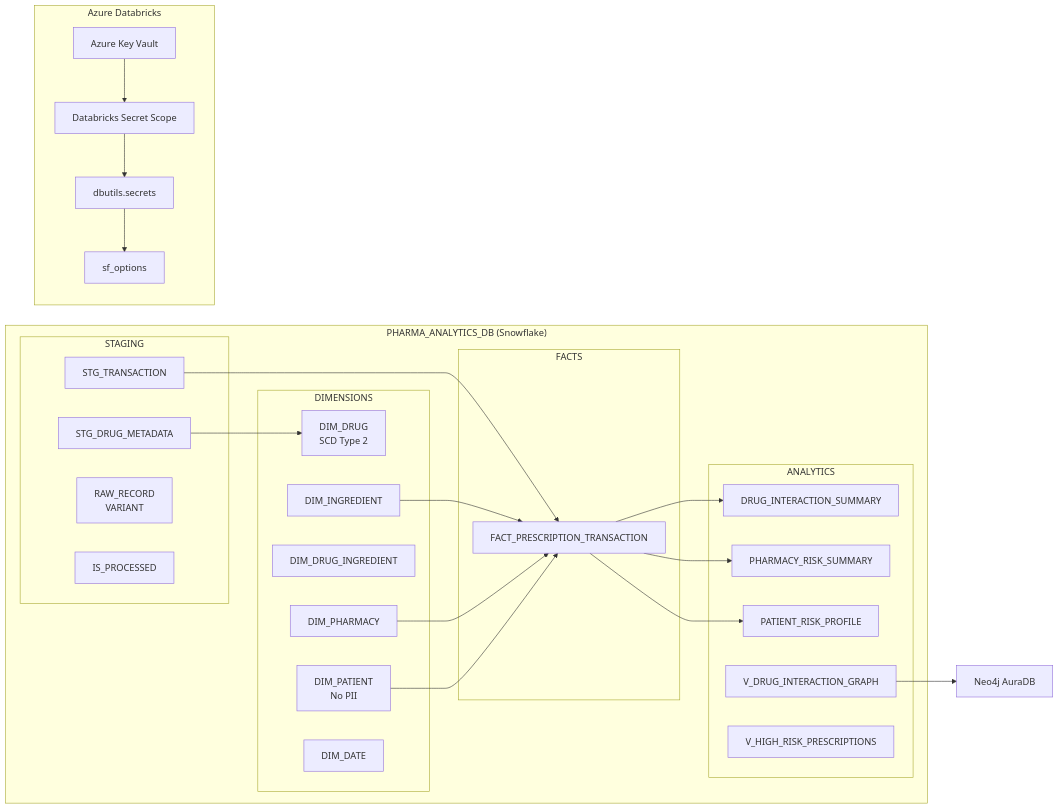
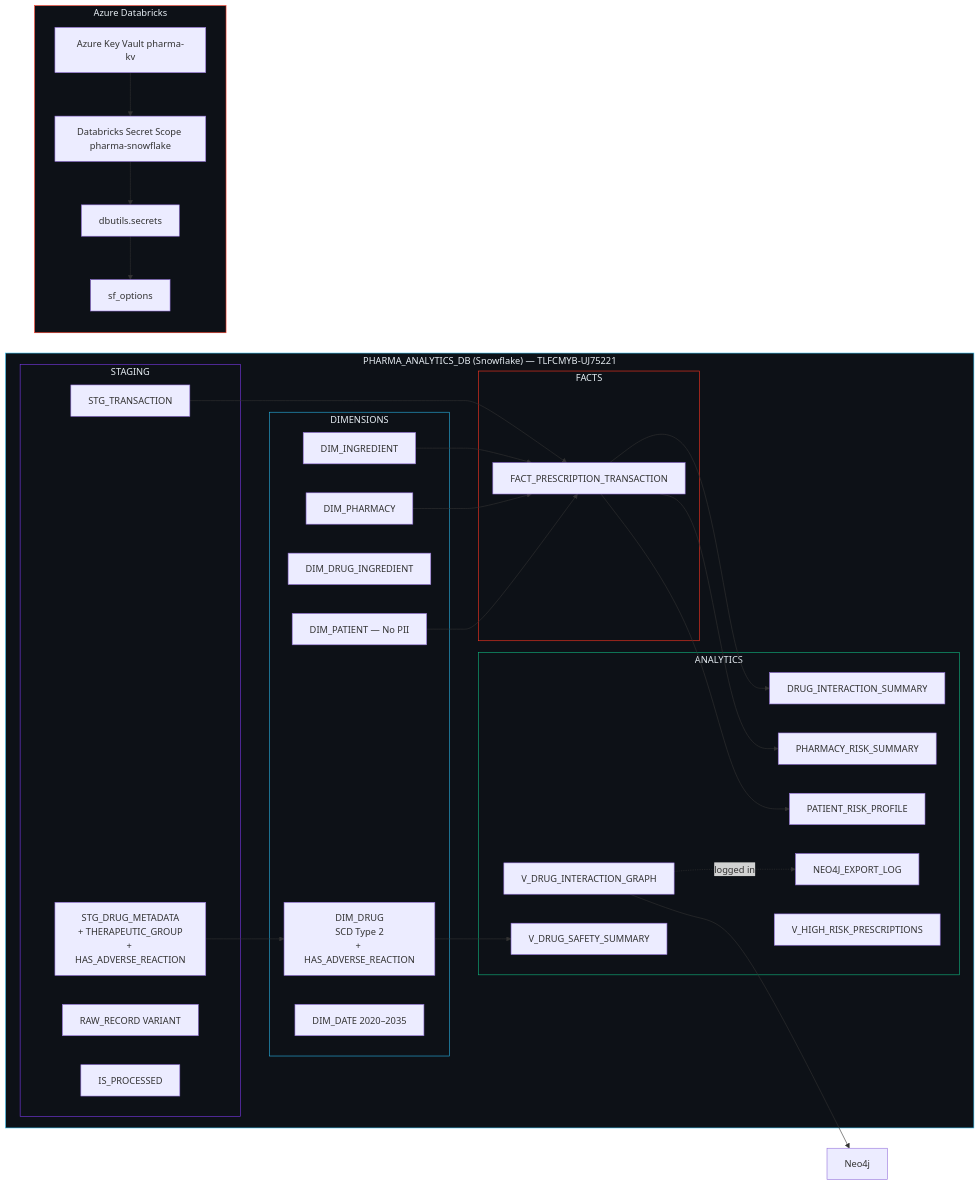
The diagram in SnowFlake/README.md (Youssef-Adel91/DataDose), drawn with Mermaid before and after one commit. The commit also changed other lines of this file, not shown here.

Commit message:
Update the readme for snowflake

````diff
--- a/SnowFlake/README.md
+++ b/SnowFlake/README.md
@@ -94,57 +151,61 @@
 ```mermaid
 flowchart LR
 
-    subgraph Snowflake["PHARMA_ANALYTICS_DB (Snowflake)"]
+    subgraph Snowflake["PHARMA_ANALYTICS_DB (Snowflake) — TLFCMYB-UJ75221"]
 
         subgraph STG["STAGING"]
-            A[STG_DRUG_METADATA]
+            A[STG_DRUG_METADATA<br/>+ THERAPEUTIC_GROUP<br/>+ HAS_ADVERSE_REACTION]
             B[STG_TRANSACTION]
-            C[RAW_RECORD<br/>VARIANT]
+            C[RAW_RECORD VARIANT]
             D[IS_PROCESSED]
         end
 
         subgraph DIM["DIMENSIONS"]
-            E[DIM_DRUG<br/>SCD Type 2]
+            E[DIM_DRUG<br/>SCD Type 2<br/>+ HAS_ADVERSE_REACTION]
             F[DIM_INGREDIENT]
             G[DIM_DRUG_INGREDIENT]
             H[DIM_PHARMACY]
-            I[DIM_PATIENT<br/>No PII]
-            J[DIM_DATE]
+            I[DIM_PATIENT — No PII]
+            J[DIM_DATE 2020–2035]
         end
 
         subgraph FACT["FACTS"]
             K[FACT_PRESCRIPTION_TRANSACTION]
         end
 
         subgraph ANA["ANALYTICS"]
             L[DRUG_INTERACTION_SUMMARY]
             M[PHARMACY_RISK_SUMMARY]
             N[PATIENT_RISK_PROFILE]
+            NN[NEO4J_EXPORT_LOG]
             O[V_DRUG_INTERACTION_GRAPH]
             P[V_HIGH_RISK_PRESCRIPTIONS]
+            PS[V_DRUG_SAFETY_SUMMARY]
         end
     end
 
     A --> E
     B --> K
     F --> K
     H --> K
     I --> K
-
-    K --> L
-    K --> M
-    K --> N
-
-    O --> Q[Neo4j AuraDB]
+    K --> L & M & N
+    E --> PS
+    O --> Q[Neo4j]
+    O -.logged in.-> NN
 
     subgraph DBX["Azure Databricks"]
-        R[Azure Key Vault]
-        S[Databricks Secret Scope]
+        R[Azure Key Vault pharma-kv]
+        S[Databricks Secret Scope pharma-snowflake]
         T[dbutils.secrets]
         U[sf_options]
-
         R --> S --> T --> U
     end
 
-
+    style Snowflake fill:#0D1117,stroke:#29B5E8,color:#E6EDF3
+    style STG fill:#0D1117,stroke:#7C3AED,color:#E6EDF3
+    style DIM fill:#0D1117,stroke:#29B5E8,color:#E6EDF3
+    style FACT fill:#0D1117,stroke:#FF3621,color:#E6EDF3
+    style ANA fill:#0D1117,stroke:#10B981,color:#E6EDF3
+    style DBX fill:#0D1117,stroke:#FF3621,color:#E6EDF3
 ```
````
